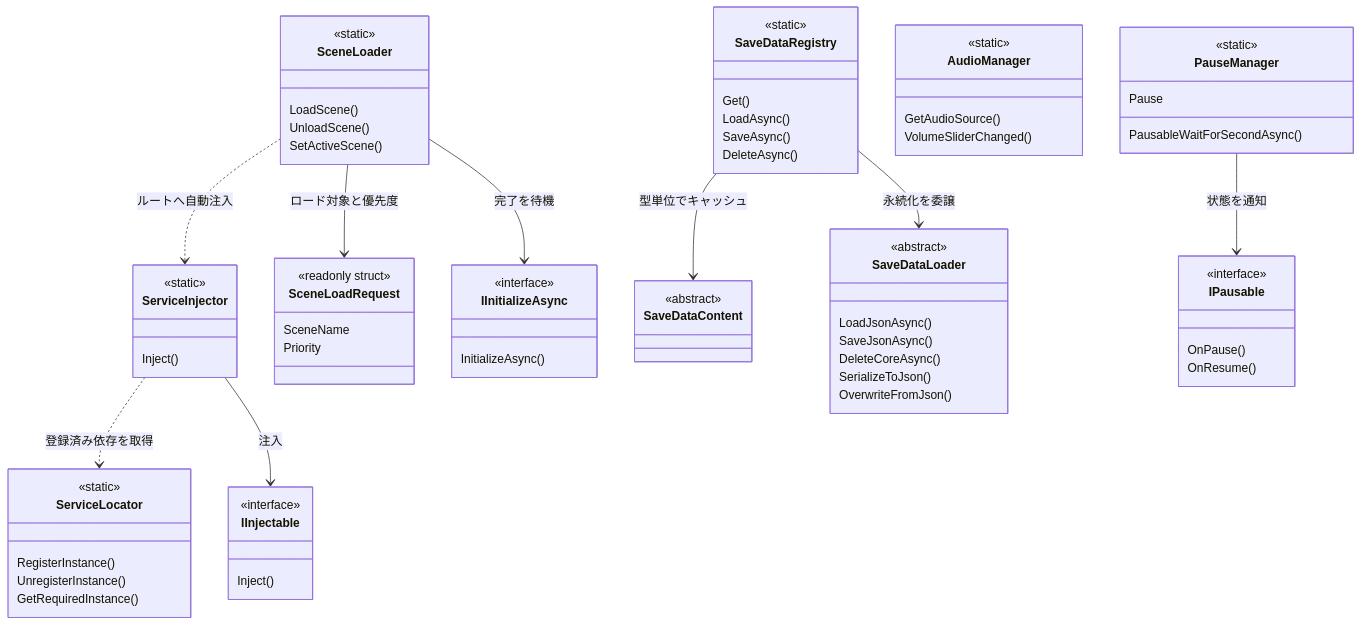
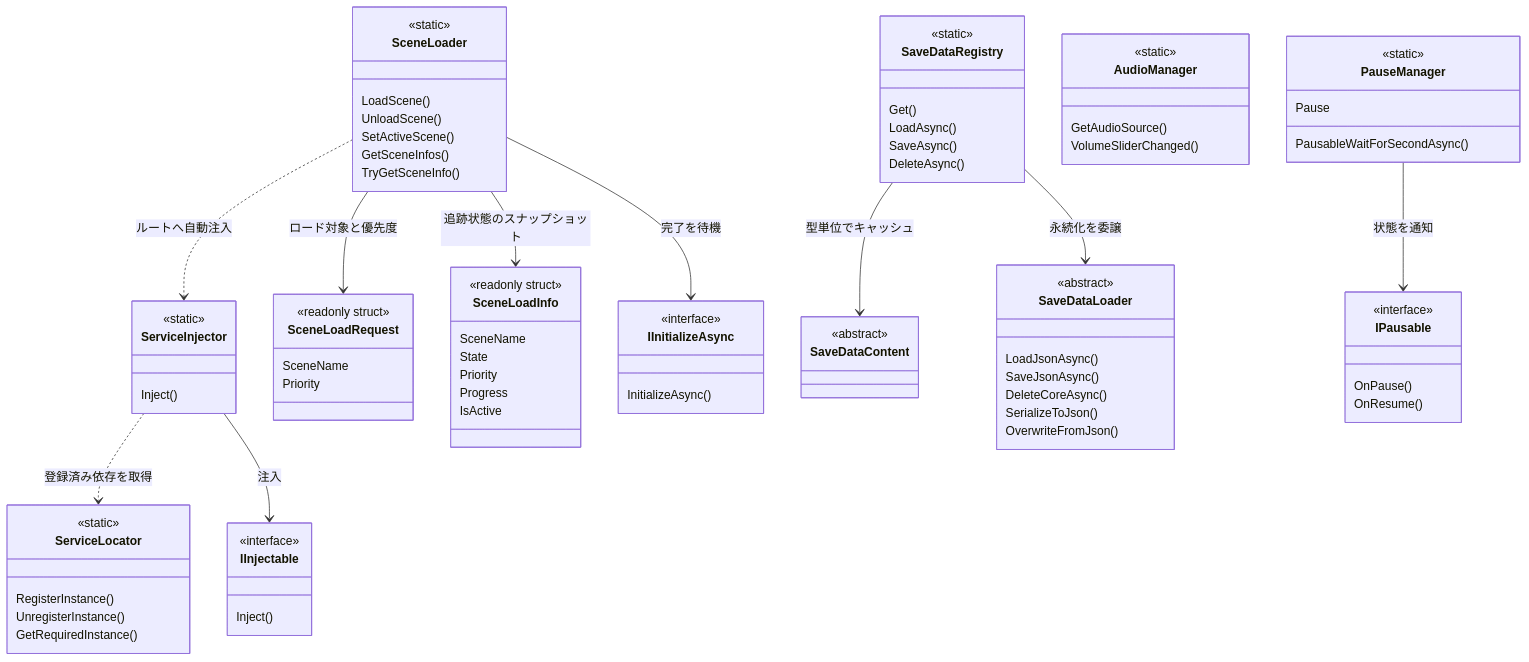
The third of 5 diagrams in Documentation~/Architecture.md (HIBIKI5201/SymphonyFramework), drawn with Mermaid before and after one commit. The commit also changed other lines of this file and 26 other files, not shown here.

```diff
--- a/Documentation~/Architecture.md
+++ b/Documentation~/Architecture.md
@@ -92,11 +92,21 @@
         LoadScene()
         UnloadScene()
         SetActiveScene()
+        GetSceneInfos()
+        TryGetSceneInfo()
     }
     class SceneLoadRequest {
         <<readonly struct>>
         SceneName
         Priority
+    }
+    class SceneLoadInfo {
+        <<readonly struct>>
+        SceneName
+        State
+        Priority
+        Progress
+        IsActive
     }
     class IInitializeAsync {
         <<interface>>
@@ -139,6 +149,7 @@
     ServiceInjector ..> ServiceLocator : 登録済み依存を取得
     ServiceInjector --> IInjectable : 注入
     SceneLoader --> SceneLoadRequest : ロード対象と優先度
+    SceneLoader --> SceneLoadInfo : 追跡状態のスナップショット
     SceneLoader ..> ServiceInjector : ルートへ自動注入
     SceneLoader --> IInitializeAsync : 完了を待機
     SaveDataRegistry --> SaveDataContent : 型単位でキャッシュ
```
